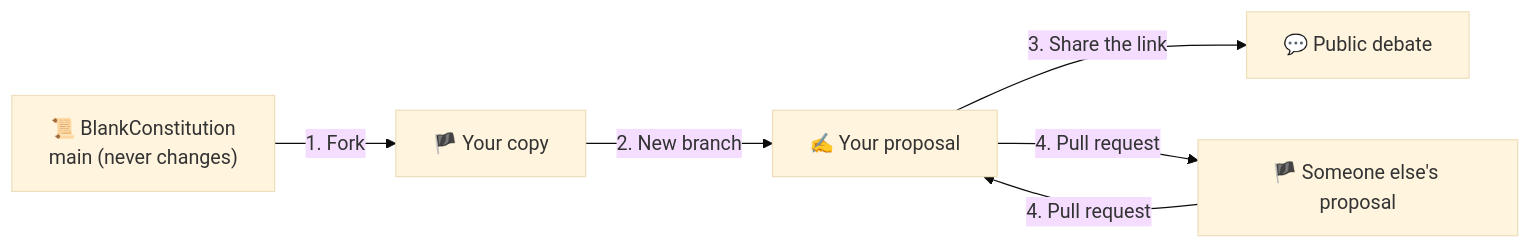
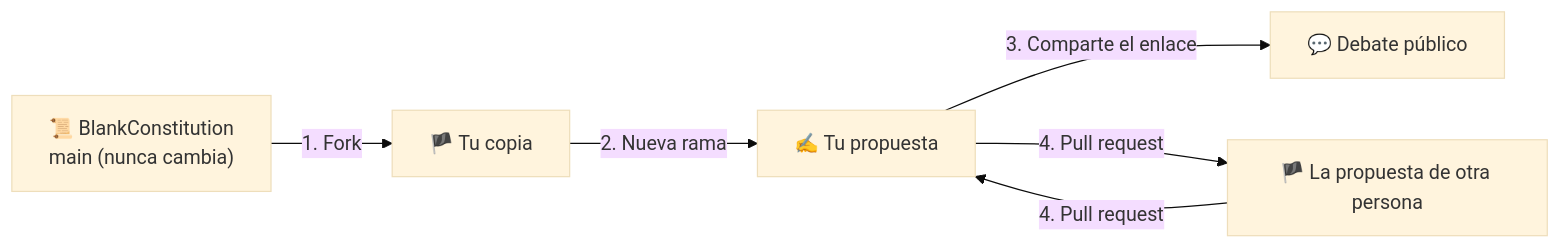
One commit to BlankConstitution/blankconstitution changed the diagram in docs/README.md. Above: the diagram before and after it, drawn with Mermaid (base theme). The commit also changed other lines of this file and 4 other files, not shown here.

````diff
--- a/docs/README.md
+++ b/docs/README.md
@@ -13,8 +13,8 @@
 ```mermaid
 flowchart LR
-    A["📜 BlankConstitution<br/>main (never changes)"] -->|1. Fork| B["🏴 Your copy"]
-    B -->|2. New branch| C["✍️ Your proposal"]
-    C -->|3. Share the link| D["💬 Public debate"]
-    E["🏴 Someone else's proposal"] -->|4. Pull request| C
+    A["📜 BlankConstitution<br/>main (nunca cambia)"] -->|1. Fork| B["🏴 Tu copia"]
+    B -->|2. Nueva rama| C["✍️ Tu propuesta"]
+    C -->|3. Comparte el enlace| D["💬 Debate público"]
+    E["🏴 La propuesta de otra persona"] -->|4. Pull request| C
     C -->|4. Pull request| E
 ```
````
